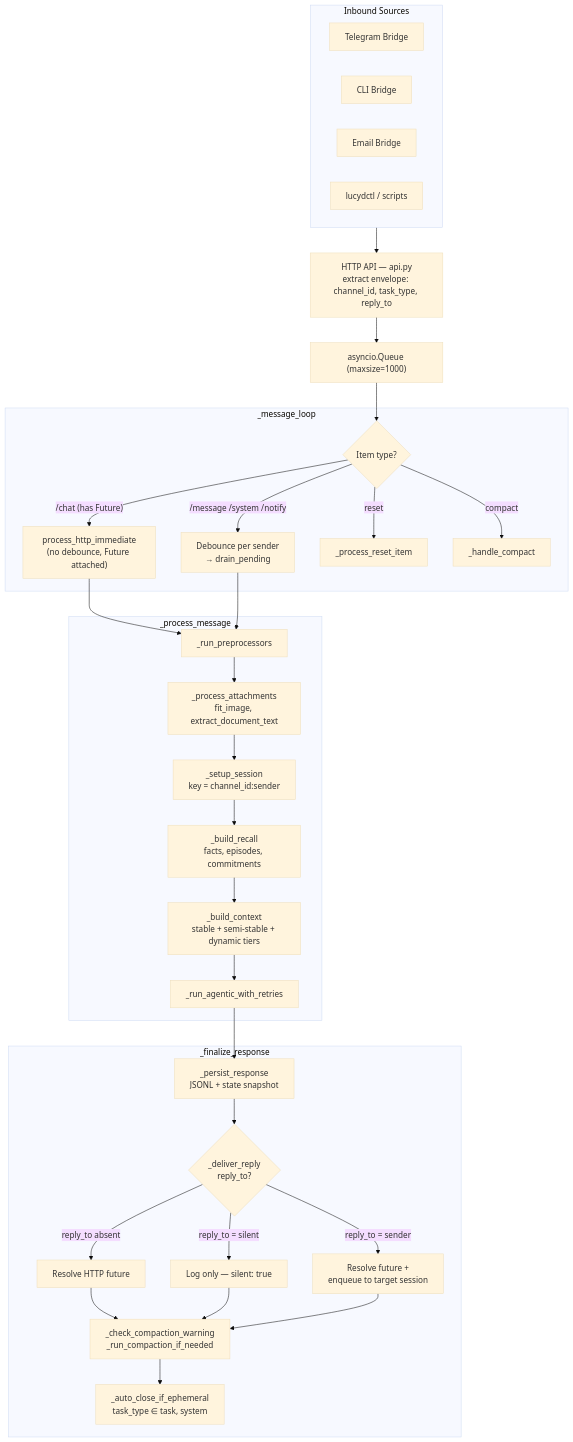
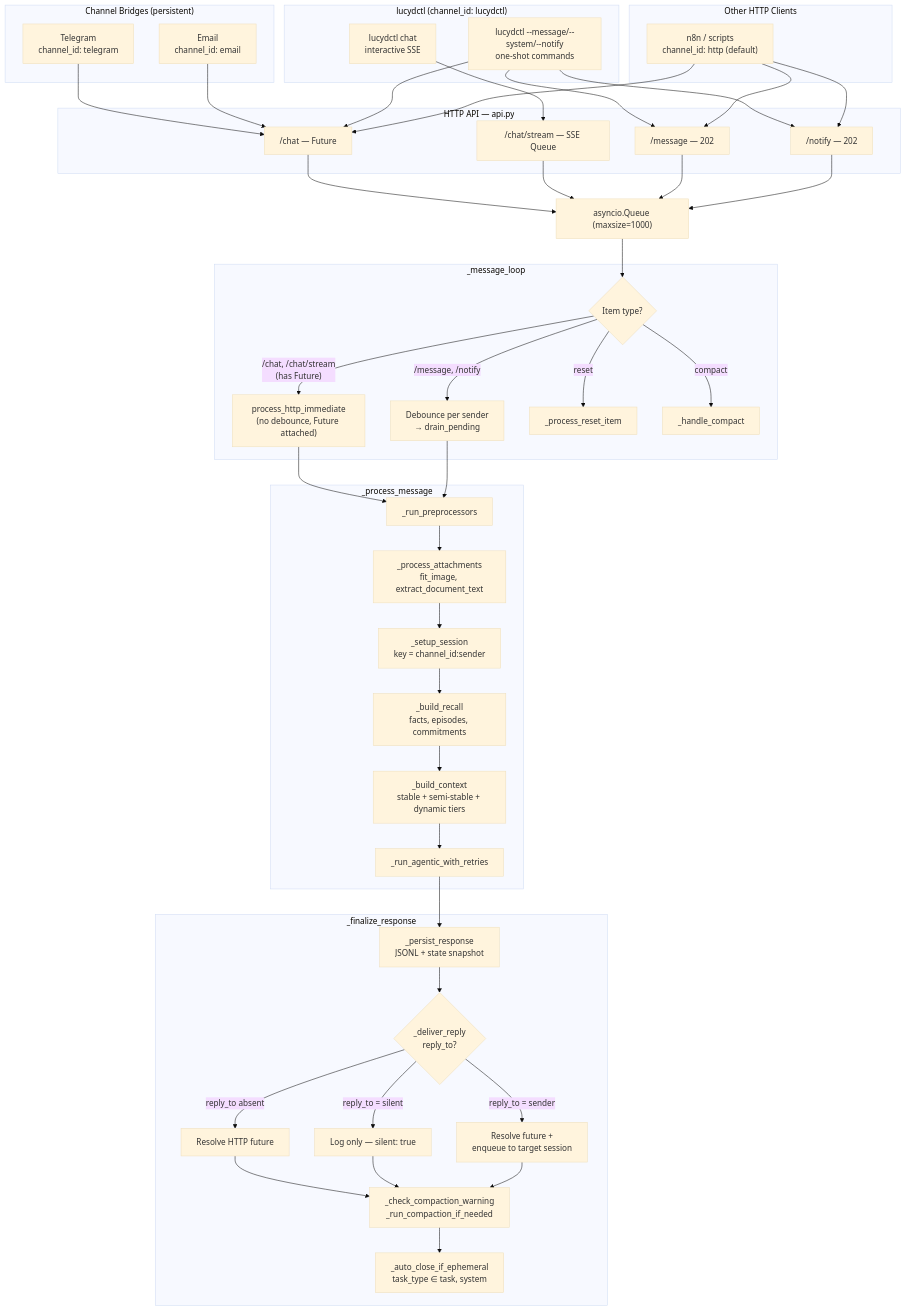
Before and after one commit to nicolasforstinger/lucyd: the first of 10 diagrams in docs/diagrams.md, drawn with Mermaid (base theme). The commit also changed other lines of this file and 18 other files, not shown here.

````diff
--- a/docs/diagrams.md
+++ b/docs/diagrams.md
@@ -11,54 +35,75 @@
 ```mermaid
 flowchart TD
-    subgraph Sources["Inbound Sources"]
-        TG["Telegram Bridge"]
-        CLI["CLI Bridge"]
-        EMAIL["Email Bridge"]
-        CTL["lucydctl / scripts"]
+    subgraph Bridges["Channel Bridges (persistent)"]
+        TG["Telegram<br/>channel_id: telegram"]
+        EMAIL["Email<br/>channel_id: email"]
     end
 
-    HTTP["HTTP API — api.py<br/>extract envelope: channel_id, task_type, reply_to"]
+    subgraph CLI["lucydctl (channel_id: lucydctl)"]
+        CHAT_MODE["lucydctl chat<br/>interactive SSE"]
+        CMD["lucydctl --message/--system/--notify<br/>one-shot commands"]
+    end
+
+    subgraph Other["Other HTTP Clients"]
+        N8N["n8n / scripts<br/>channel_id: http (default)"]
+    end
+
+    subgraph API["HTTP API — api.py"]
+        CHAT["/chat — Future"]
+        STREAM["/chat/stream — SSE Queue"]
+        MSG["/message — 202"]
+        NOTIFY["/notify — 202"]
+    end
+
     Q["asyncio.Queue (maxsize=1000)"]
 
     subgraph Loop["_message_loop"]
         TYPE{"Item type?"}
         IMMEDIATE["process_http_immediate<br/>(no debounce, Future attached)"]
         DEB["Debounce per sender<br/>→ drain_pending"]
         RESET["_process_reset_item"]
         COMPACT["_handle_compact"]
     end
 
     subgraph Process["_process_message"]
         PREPROC["_run_preprocessors"]
         ATTACH["_process_attachments<br/>fit_image, extract_document_text"]
         SETUP["_setup_session<br/>key = channel_id:sender"]
         RECALL["_build_recall<br/>facts, episodes, commitments"]
         BUILD["_build_context<br/>stable + semi-stable + dynamic tiers"]
         RUN["_run_agentic_with_retries"]
     end
 
     subgraph Finalize["_finalize_response"]
         PERSIST["_persist_response<br/>JSONL + state snapshot"]
         DELIVER{"_deliver_reply<br/>reply_to?"}
         DEFAULT["Resolve HTTP future"]
         SILENT["Log only — silent: true"]
         REDIRECT["Resolve future +<br/>enqueue to target session"]
         COMPACT_CHECK["_check_compaction_warning<br/>_run_compaction_if_needed"]
         AUTOCLOSE["_auto_close_if_ephemeral<br/>task_type ∈ task, system"]
     end
 
-    Sources --> HTTP --> Q --> TYPE
-    TYPE -->|"/chat (has Future)"| IMMEDIATE
-    TYPE -->|"/message /system /notify"| DEB
+    TG --> CHAT
+    EMAIL --> CHAT
+    CHAT_MODE --> STREAM
+    CMD --> CHAT & MSG & NOTIFY
+    N8N --> CHAT & MSG & NOTIFY
+
+    CHAT & STREAM --> Q
+    MSG & NOTIFY --> Q
+    Q --> TYPE
+    TYPE -->|"/chat, /chat/stream<br/>(has Future)"| IMMEDIATE
+    TYPE -->|"/message, /notify"| DEB
     TYPE -->|reset| RESET
     TYPE -->|compact| COMPACT
 
     IMMEDIATE --> PREPROC
     DEB --> PREPROC
     PREPROC --> ATTACH --> SETUP --> RECALL --> BUILD --> RUN
     RUN --> PERSIST --> DELIVER
     DELIVER -->|"reply_to absent"| DEFAULT --> COMPACT_CHECK
     DELIVER -->|"reply_to = silent"| SILENT --> COMPACT_CHECK
     DELIVER -->|"reply_to = sender"| REDIRECT --> COMPACT_CHECK
     COMPACT_CHECK --> AUTOCLOSE
 ```
````
